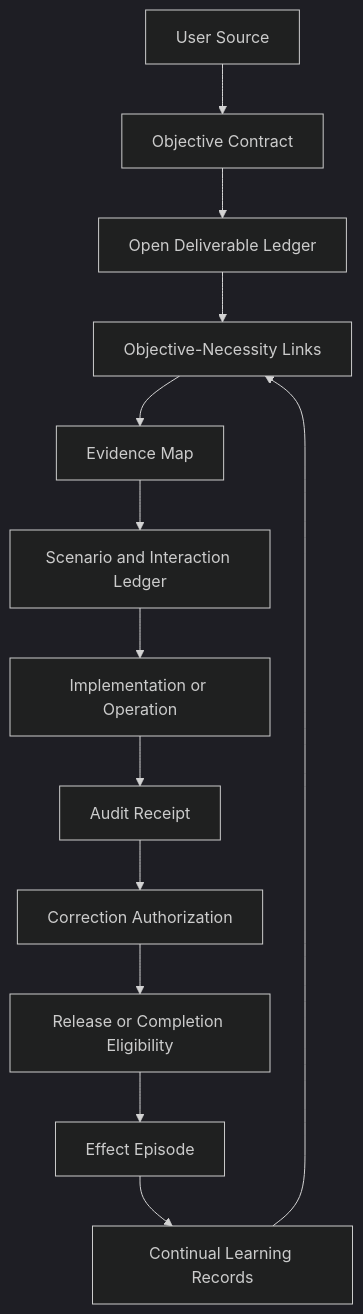
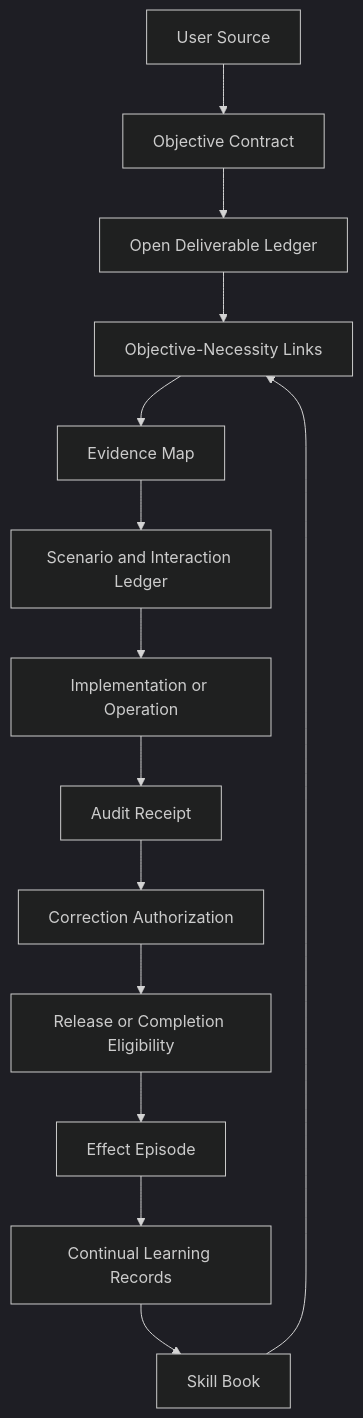
Before and after one commit to Chisiki1/objective-integrity-framework: the diagram in README.md, drawn with Mermaid (dark theme). The commit also changed other lines of this file and 42 other files, not shown here.

Commit message:
Add Skill Book parity layer

````diff
--- a/README.md
+++ b/README.md
@@ -66,15 +71,16 @@
 ```mermaid
 flowchart TD
   A[User Source] --> B[Objective Contract]
   B --> C[Open Deliverable Ledger]
   C --> D[Objective-Necessity Links]
   D --> E[Evidence Map]
   E --> F[Scenario and Interaction Ledger]
   F --> G[Implementation or Operation]
   G --> H[Audit Receipt]
   H --> I[Correction Authorization]
   I --> J[Release or Completion Eligibility]
   J --> K[Effect Episode]
   K --> L[Continual Learning Records]
-  L --> D
+  L --> M[Skill Book]
+  M --> D
 ```
````
